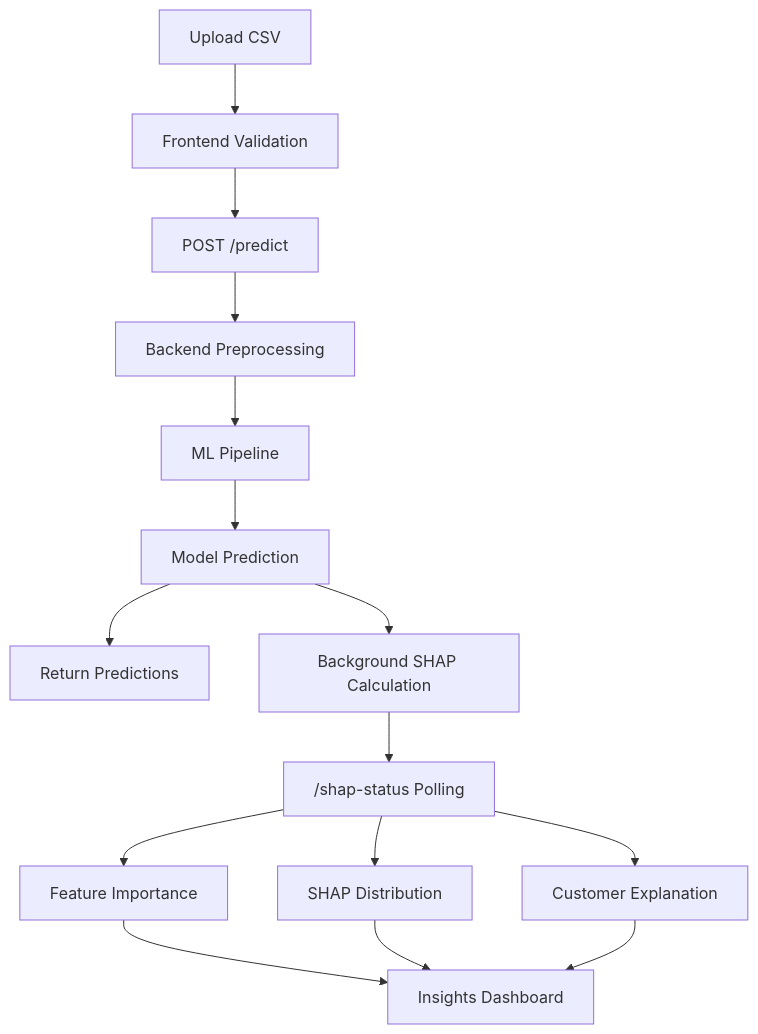
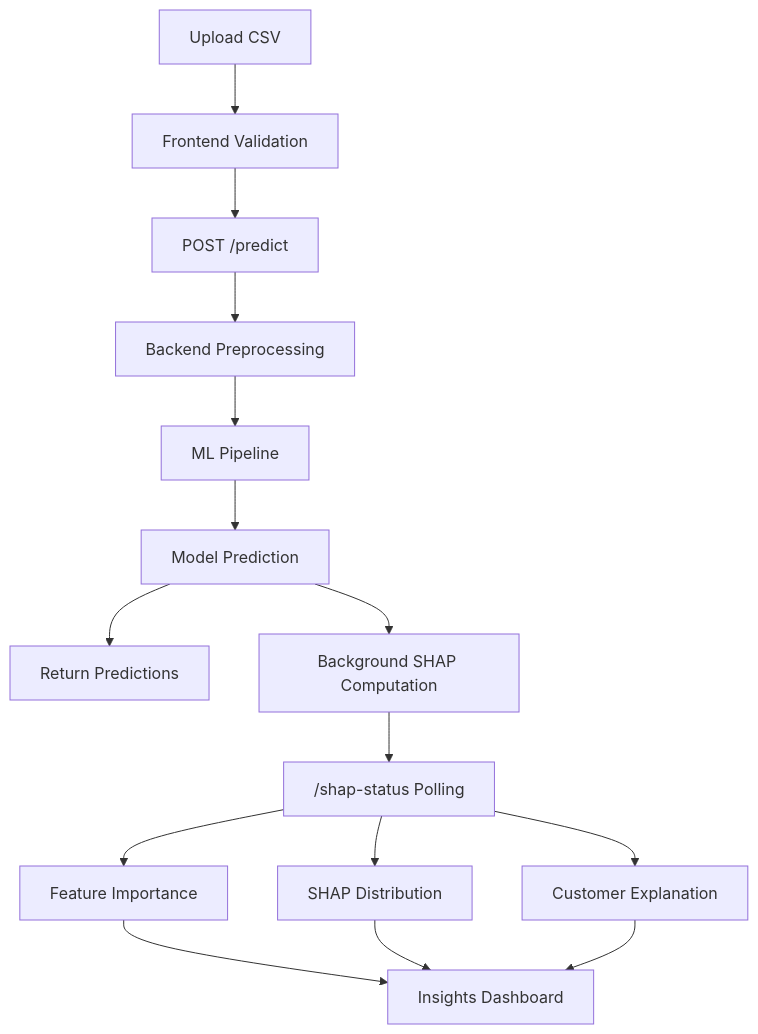
One commit to ShreyashS19/bank-churn-prediction-ai changed the second of 3 diagrams in README.md. Above: the diagram before and after it, drawn with Mermaid. The commit also changed other lines of this file, not shown here.

````diff
--- a/README.md
+++ b/README.md
@@ -69,29 +75,29 @@
 ```mermaid
 flowchart TD
 
 A[Upload CSV] --> B[Frontend Validation]
 
 B --> C[POST /predict]
 
 C --> D[Backend Preprocessing]
 
 D --> E[ML Pipeline]
 
 E --> F[Model Prediction]
 
 F --> G[Return Predictions]
 
-F --> H[Background SHAP Calculation]
+F --> H[Background SHAP Computation]
 
 H --> I["/shap-status Polling"]
 
 I --> J[Feature Importance]
 
 I --> K[SHAP Distribution]
 
 I --> L[Customer Explanation]
 
 J --> M[Insights Dashboard]
 K --> M
 L --> M
 ```
````
